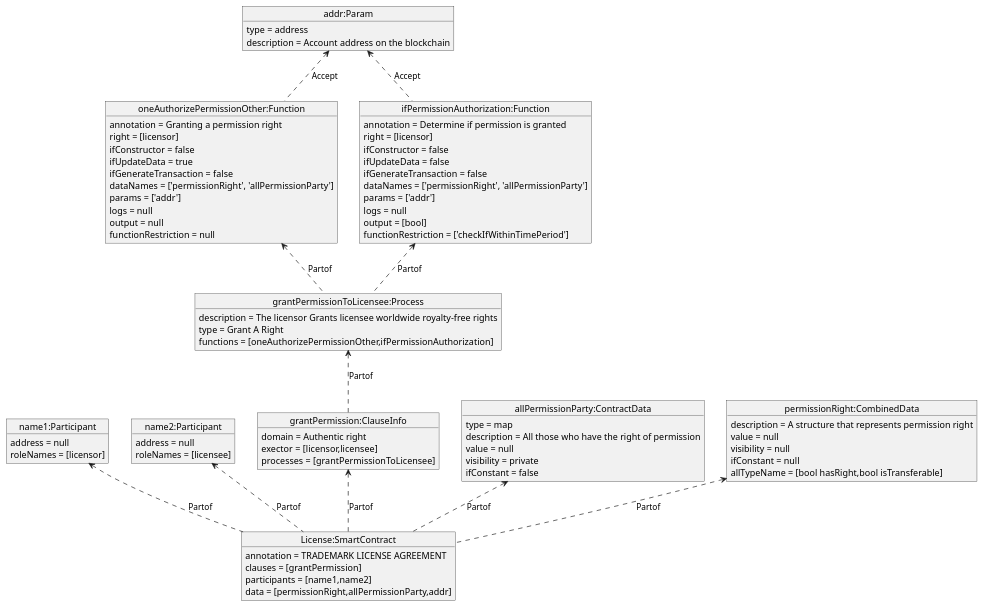
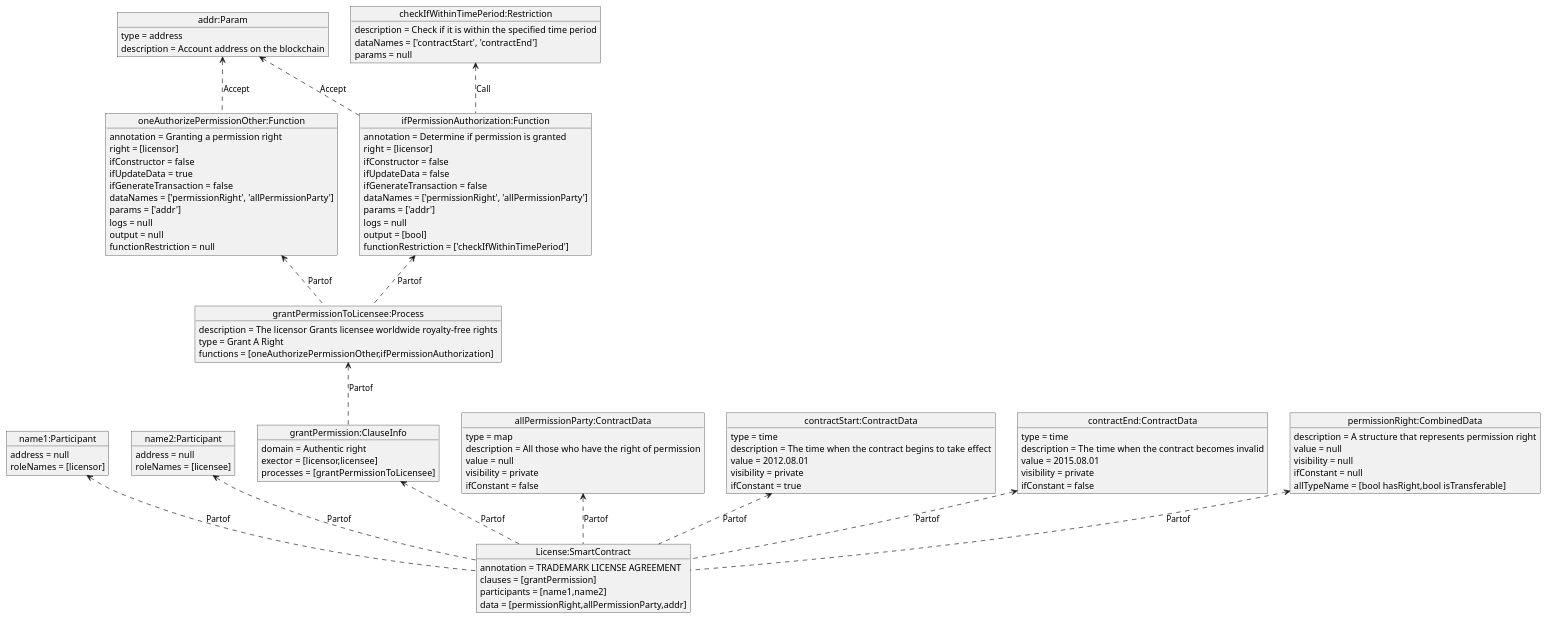
Before and after one commit to HIT-LWY/sc_MDA_code: the diagram in plantUML_dia/a_result.puml, drawn with PlantUML. The commit also changed 6 other files, not shown here.

```diff
--- a/plantUML_dia/a_result.puml
+++ b/plantUML_dia/a_result.puml
@@ -1,68 +1,87 @@
 @startuml
 object "License:SmartContract" as License
 License : annotation = TRADEMARK LICENSE AGREEMENT
 License : clauses = [grantPermission]
 License : participants = [name1,name2]
 License : data = [permissionRight,allPermissionParty,addr]
 object "name1:Participant" as name1
 name1 : address = null
 name1 : roleNames = [licensor]
 object "name2:Participant" as name2
 name2 : address = null
 name2 : roleNames = [licensee]
 object "grantPermission:ClauseInfo" as grantPermission
 grantPermission : domain = Authentic right
 grantPermission : exector = [licensor,licensee]
 grantPermission : processes = [grantPermissionToLicensee]
 object "grantPermissionToLicensee:Process" as grantPermissionToLicensee
 grantPermissionToLicensee : description = The licensor Grants licensee worldwide royalty-free rights
 grantPermissionToLicensee : type = Grant A Right
 grantPermissionToLicensee : functions = [oneAuthorizePermissionOther,ifPermissionAuthorization]
 object "oneAuthorizePermissionOther:Function" as oneAuthorizePermissionOther
 oneAuthorizePermissionOther : annotation = Granting a permission right
 oneAuthorizePermissionOther : right = [licensor]
 oneAuthorizePermissionOther : ifConstructor = false
 oneAuthorizePermissionOther : ifUpdateData = true
 oneAuthorizePermissionOther : ifGenerateTransaction = false
 oneAuthorizePermissionOther : dataNames = ['permissionRight', 'allPermissionParty']
 oneAuthorizePermissionOther : params = ['addr']
 oneAuthorizePermissionOther : logs = null
 oneAuthorizePermissionOther : output = null
 oneAuthorizePermissionOther : functionRestriction = null
 object "ifPermissionAuthorization:Function" as ifPermissionAuthorization
 ifPermissionAuthorization : annotation = Determine if permission is granted
 ifPermissionAuthorization : right = [licensor]
 ifPermissionAuthorization : ifConstructor = false
 ifPermissionAuthorization : ifUpdateData = false
 ifPermissionAuthorization : ifGenerateTransaction = false
 ifPermissionAuthorization : dataNames = ['permissionRight', 'allPermissionParty']
 ifPermissionAuthorization : params = ['addr']
 ifPermissionAuthorization : logs = null
 ifPermissionAuthorization : output = [bool]
 ifPermissionAuthorization : functionRestriction = ['checkIfWithinTimePeriod']
+object "checkIfWithinTimePeriod:Restriction" as checkIfWithinTimePeriod
+checkIfWithinTimePeriod : description = Check if it is within the specified time period
+checkIfWithinTimePeriod : dataNames = ['contractStart', 'contractEnd']
+checkIfWithinTimePeriod : params = null
 object "allPermissionParty:ContractData" as allPermissionParty
 allPermissionParty : type = map
 allPermissionParty : description = All those who have the right of permission
 allPermissionParty : value = null
 allPermissionParty : visibility = private
 allPermissionParty : ifConstant = false
+object "contractStart:ContractData" as contractStart
+contractStart : type = time
+contractStart : description = The time when the contract begins to take effect
+contractStart : value = 2012.08.01
+contractStart : visibility = private
+contractStart : ifConstant = true
+object "contractEnd:ContractData" as contractEnd
+contractEnd : type = time
+contractEnd : description = The time when the contract becomes invalid
+contractEnd : value = 2015.08.01
+contractEnd : visibility = private
+contractEnd : ifConstant = false
 object "permissionRight:CombinedData" as permissionRight
 permissionRight : description = A structure that represents permission right
 permissionRight : value = null
 permissionRight : visibility = null
 permissionRight : ifConstant = null
 permissionRight : allTypeName = [bool hasRight,bool isTransferable]
 object "addr:Param" as addr
 addr : type = address
 addr : description = Account address on the blockchain
 name1<.. License: Partof
 name2<.. License: Partof
 grantPermission<.. License: Partof
 grantPermissionToLicensee<.. grantPermission: Partof
 oneAuthorizePermissionOther<.. grantPermissionToLicensee: Partof
 ifPermissionAuthorization<.. grantPermissionToLicensee: Partof
+checkIfWithinTimePeriod<.. ifPermissionAuthorization: Call
 permissionRight<.. License: Partof
 allPermissionParty<.. License: Partof
+contractStart<.. License: Partof
+contractEnd<.. License: Partof
 addr<..oneAuthorizePermissionOther: Accept
 addr<..ifPermissionAuthorization: Accept
 @enduml
```
